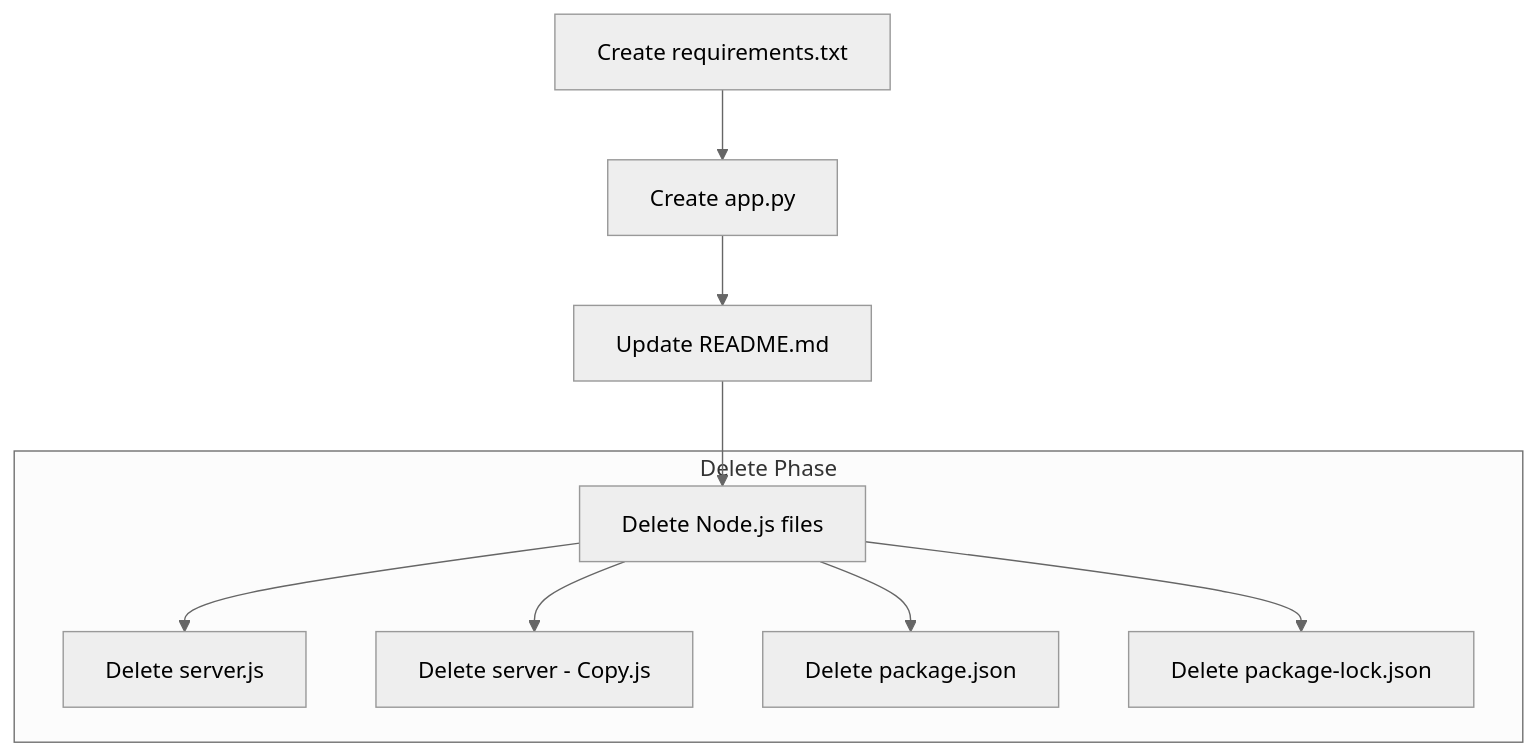
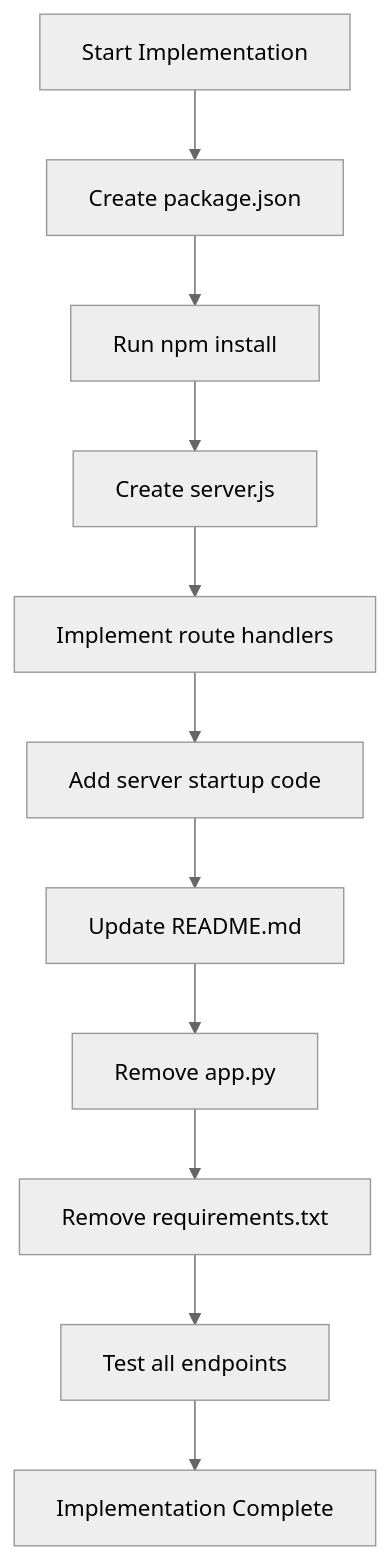
The third of 3 diagrams in blitzy/documentation/Technical Specifications.md (Sandeep01Kumar/29-dec-existing-projects-qa-test-3), drawn with Mermaid (neutral theme) before and after one commit. The commit also changed other lines of this file, not shown here.

````diff
--- a/blitzy/documentation/Technical Specifications.md
+++ b/blitzy/documentation/Technical Specifications.md
@@ -453,13 +686,13 @@
 ```mermaid
-flowchart TD
-    A[Create requirements.txt] --> B[Create app.py]
-    B --> C[Update README.md]
-    C --> D[Delete Node.js files]
-    
-    subgraph Delete["Delete Phase"]
-        D --> D1[Delete server.js]
-        D --> D2[Delete server - Copy.js]
-        D --> D3[Delete package.json]
-        D --> D4[Delete package-lock.json]
-    end
+graph TD
+    A[Start Implementation] --> B[Create package.json]
+    B --> C[Run npm install]
+    C --> D[Create server.js]
+    D --> E[Implement route handlers]
+    E --> F[Add server startup code]
+    F --> G[Update README.md]
+    G --> H[Remove app.py]
+    H --> I[Remove requirements.txt]
+    I --> J[Test all endpoints]
+    J --> K[Implementation Complete]
 ```
````
